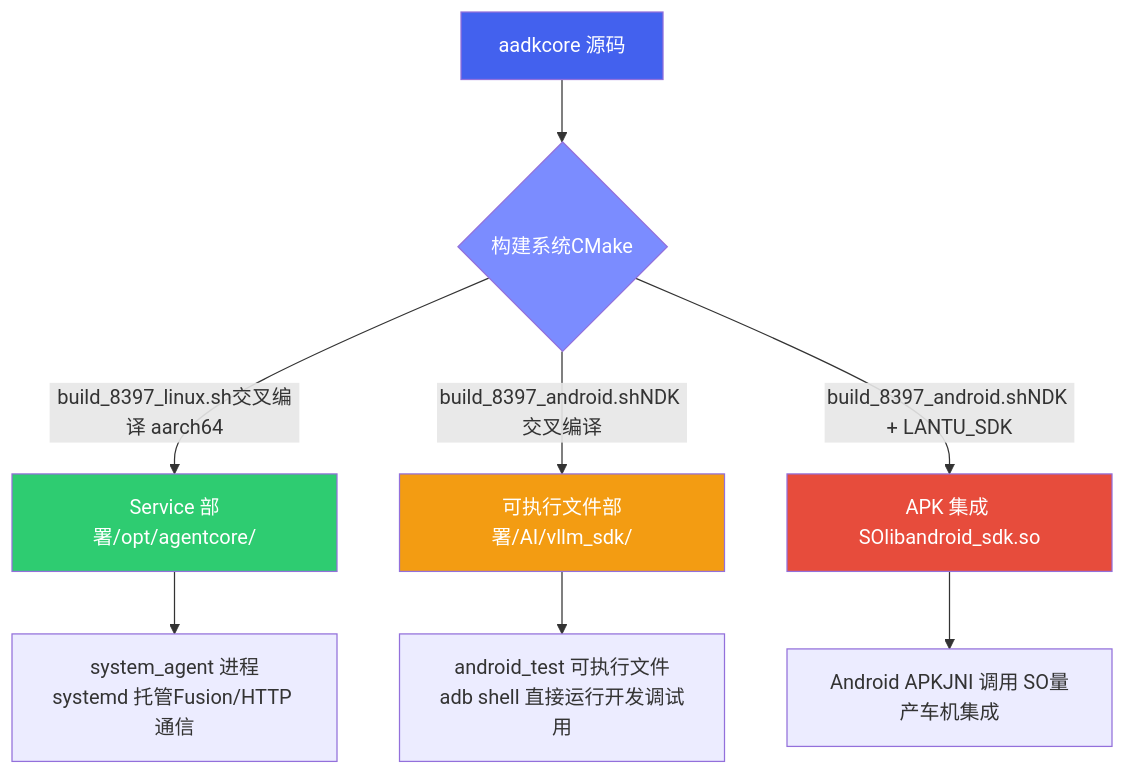
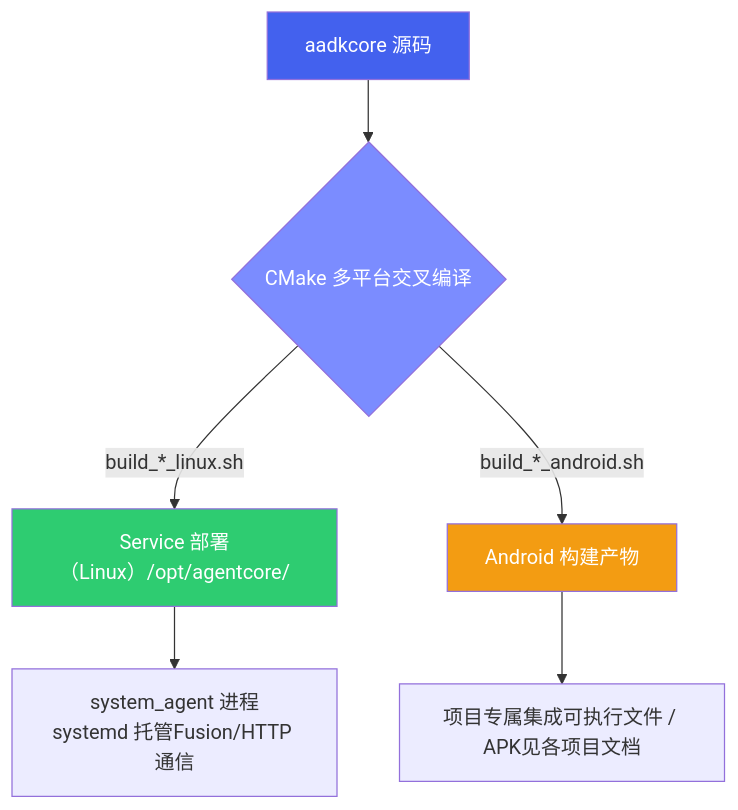
Before and after one commit to ranpin/edge-ai-docs: the sixth of 9 diagrams in cockpit/projects/agent-framework/deploy.md, drawn with Mermaid. The commit also changed other lines of this file and 8 other files, not shown here.

First line of the commit message:
refactor: 框架层主线化 + 下沉岚图专属部署

````diff
--- a/cockpit/projects/agent-framework/deploy.md
+++ b/cockpit/projects/agent-framework/deploy.md
@@ -214,18 +214,15 @@
 ```mermaid
 flowchart TB
-    SRC["aadkcore 源码"] --> BUILD{"构建系统CMake"}
+    SRC["aadkcore 源码"] --> BUILD{"CMake 多平台交叉编译"}
 
-    BUILD -->|"build_8397_linux.sh交叉编译 aarch64"| SVC["Service 部署/opt/agentcore/"]
-    BUILD -->|"build_8397_android.shNDK 交叉编译"| EXE["可执行文件部署/AI/vllm_sdk/"]
-    BUILD -->|"build_8397_android.shNDK + LANTU_SDK"| APK["APK 集成 SOlibandroid_sdk.so"]
+    BUILD -->|"build_*_linux.sh"| SVC["Service 部署（Linux）/opt/agentcore/"]
+    BUILD -->|"build_*_android.sh"| AND["Android 构建产物"]
 
     SVC --> SVC_OUT["system_agent 进程systemd 托管Fusion/HTTP 通信"]
-    EXE --> EXE_OUT["android_test 可执行文件adb shell 直接运行开发调试用"]
-    APK --> APK_OUT["Android APKJNI 调用 SO量产车机集成"]
+    AND --> PROJ["项目专属集成可执行文件 / APK见各项目文档"]
 
     style SRC fill:#4361ee,color:#fff
     style BUILD fill:#7b8cff,color:#fff
     style SVC fill:#2ecc71,color:#fff
-    style EXE fill:#f39c12,color:#fff
-    style APK fill:#e74c3c,color:#fff
+    style AND fill:#f39c12,color:#fff
 ```
````
